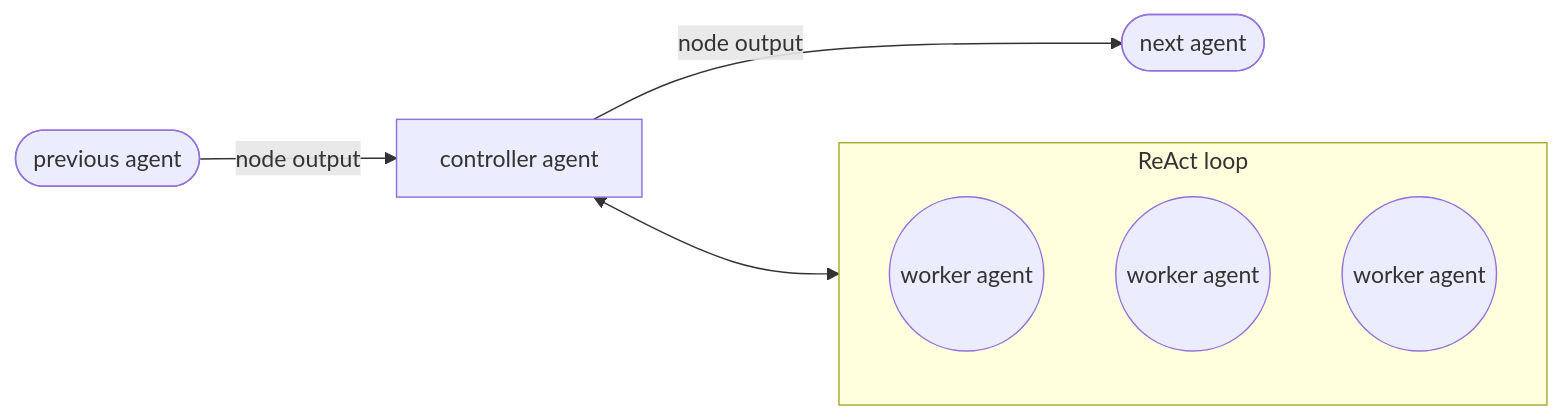
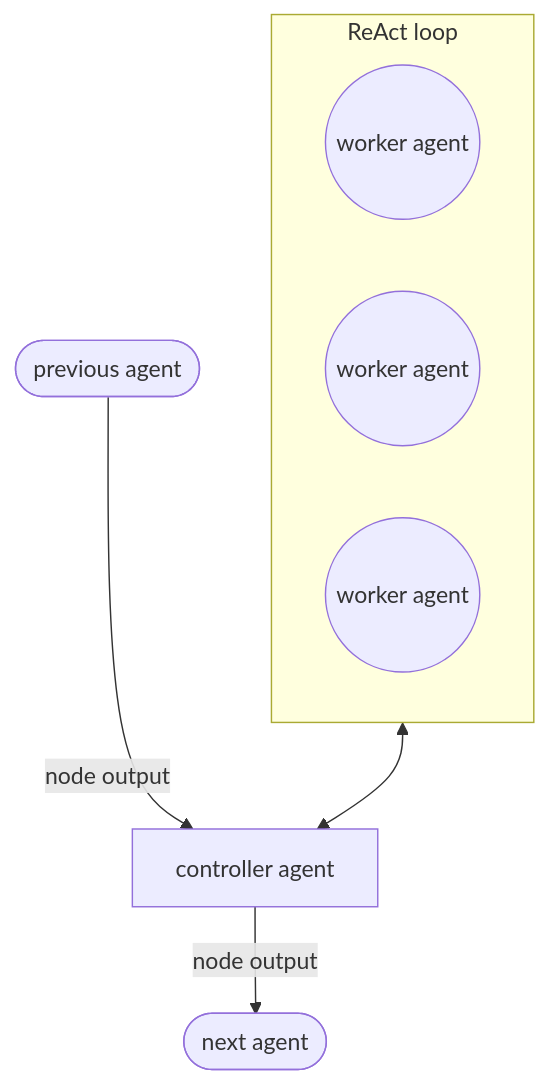
One commit to agens-research-labs/a-graph changed the fifth of 10 diagrams in docs/agents-and-software.md. Above: the diagram before and after it, drawn with Mermaid. The commit also changed other lines of this file and 3 other files, not shown here.

First line of the commit message:
docs(docs): lay out the react and tool diagrams

````diff
--- a/docs/agents-and-software.md
+++ b/docs/agents-and-software.md
@@ -112,11 +112,11 @@
   ```mermaid
-  flowchart LR
-      prev([previous agent]) -- node output --> ctrl[controller agent]
-      ctrl -- node output --> nxt([next agent])
+  flowchart TB
       subgraph workers["ReAct loop"]
           w1((worker agent))
           w2((worker agent))
           w3((worker agent))
       end
-      ctrl <--> workers
+      workers <--> ctrl
+      prev([previous agent]) -- node output --> ctrl[controller agent]
+      ctrl -- node output --> nxt([next agent])
   ```
````
